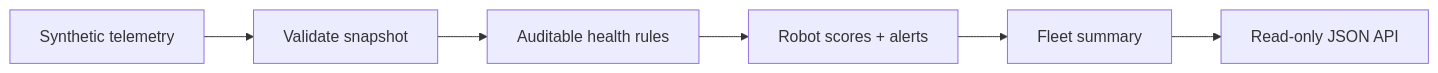
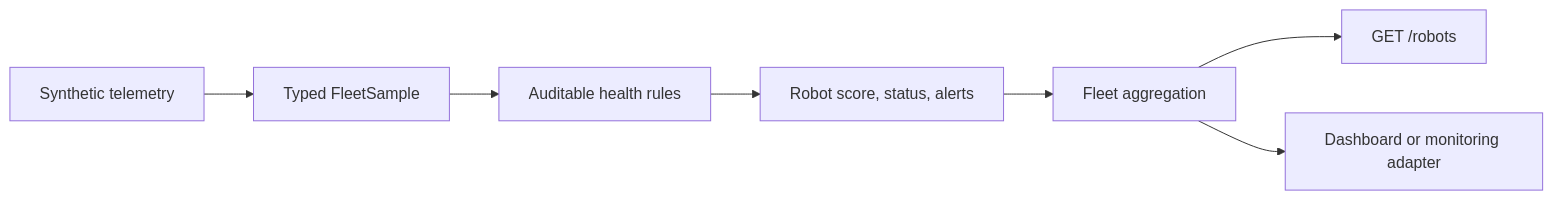
One commit to Parth-Oza/robot-fleet-observability changed the diagram in README.md. Above: the diagram before and after it, drawn with Mermaid. The commit also changed other lines of this file and 3 other files, not shown here.

````diff
--- a/README.md
+++ b/README.md
@@ -9,8 +20,9 @@
 ```mermaid
 flowchart LR
-  A[Synthetic telemetry] --> B[Validate snapshot]
+  A[Synthetic telemetry] --> B[Typed FleetSample]
   B --> C[Auditable health rules]
-  C --> D[Robot scores + alerts]
-  D --> E[Fleet summary]
-  E --> F[Read-only JSON API]
+  C --> D[Robot score, status, alerts]
+  D --> E[Fleet aggregation]
+  E --> F[GET /robots]
+  E --> G[Dashboard or monitoring adapter]
 ```
````
